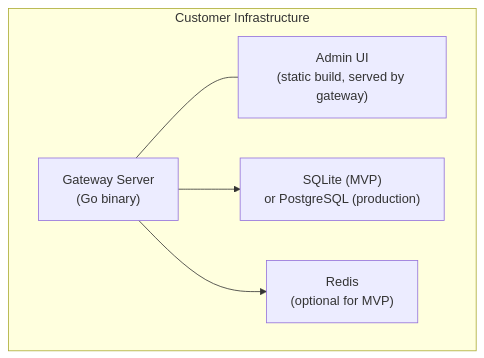
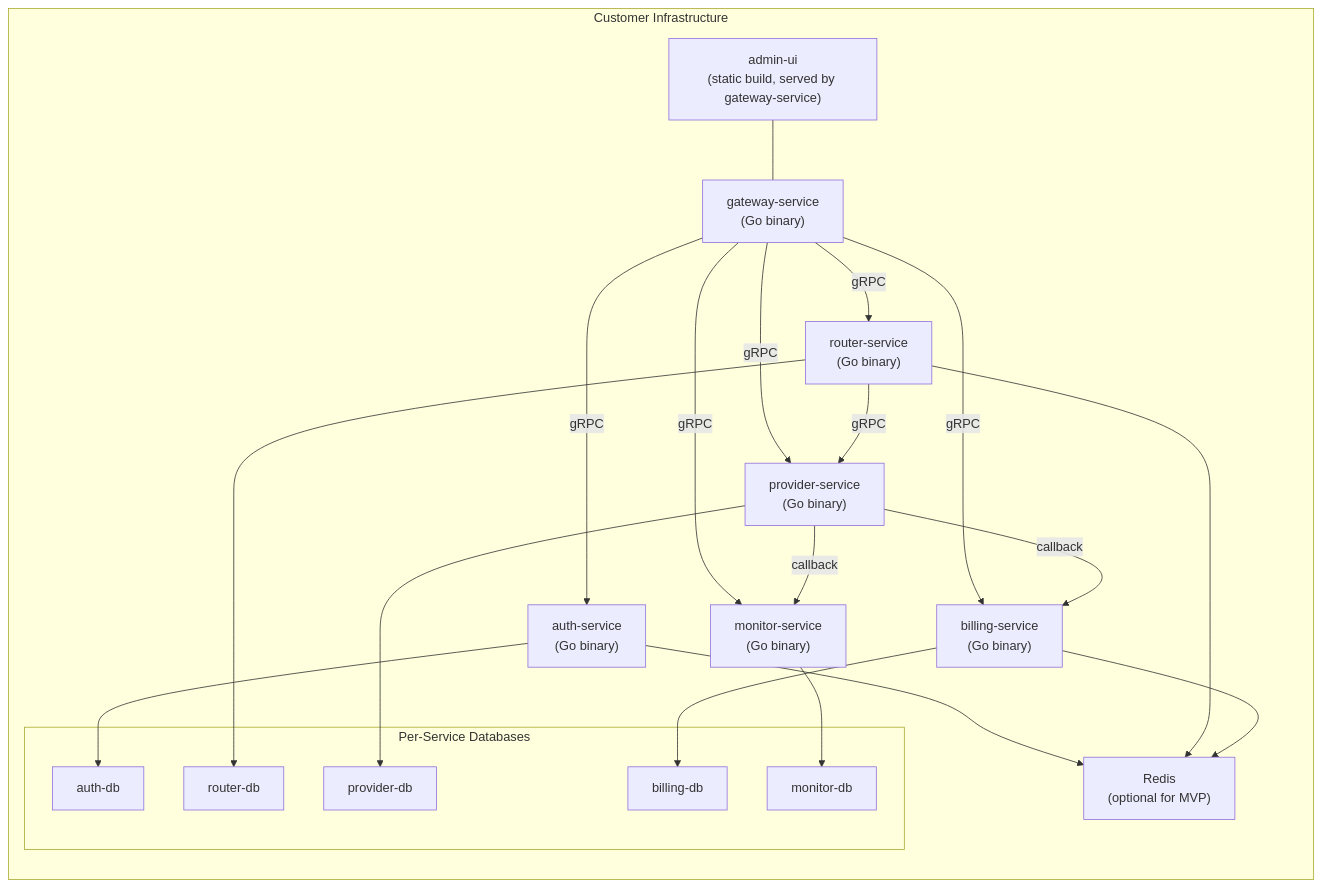
Before and after one commit to xiaozhaolhg/ai-api-gateway: the seventh of 7 diagrams in docs/architecture_design.md, drawn with Mermaid. The commit also changed other lines of this file and 19 other files, not shown here.

````diff
--- a/docs/architecture_design.md
+++ b/docs/architecture_design.md
@@ -361,13 +723,39 @@
 ```mermaid
 flowchart TD
     subgraph Infra["Customer Infrastructure"]
-        GW["Gateway Server<br/>(Go binary)"]
-        UI["Admin UI<br/>(static build, served by gateway)"]
-        DB["SQLite (MVP)<br/>or PostgreSQL (production)"]
+        direction TB
+        GW["gateway-service<br/>(Go binary)"]
+        AS["auth-service<br/>(Go binary)"]
+        RS["router-service<br/>(Go binary)"]
+        PS["provider-service<br/>(Go binary)"]
+        BS["billing-service<br/>(Go binary)"]
+        MS["monitor-service<br/>(Go binary)"]
+        UI["admin-ui<br/>(static build, served by gateway-service)"]
+
+        subgraph DBs["Per-Service Databases"]
+            AuthDB["auth-db"]
+            RouterDB["router-db"]
+            ProviderDB["provider-db"]
+            BillingDB["billing-db"]
+            MonitorDB["monitor-db"]
+        end
+
         RD["Redis<br/>(optional for MVP)"]
 
-        GW --- UI
-        GW --> DB
-        GW --> RD
+        UI --- GW
+        GW -->|"gRPC"| AS
+        GW -->|"gRPC"| RS
+        GW -->|"gRPC"| PS
+        GW -->|"gRPC"| BS
+        GW -->|"gRPC"| MS
+        RS -->|"gRPC"| PS
+        PS -->|"callback"| BS
+        PS -->|"callback"| MS
+        AS --> AuthDB
+        RS --> RouterDB
+        PS --> ProviderDB
+        BS --> BillingDB
+        MS --> MonitorDB
+        AS & RS & BS --> RD
     end
 ```
````
